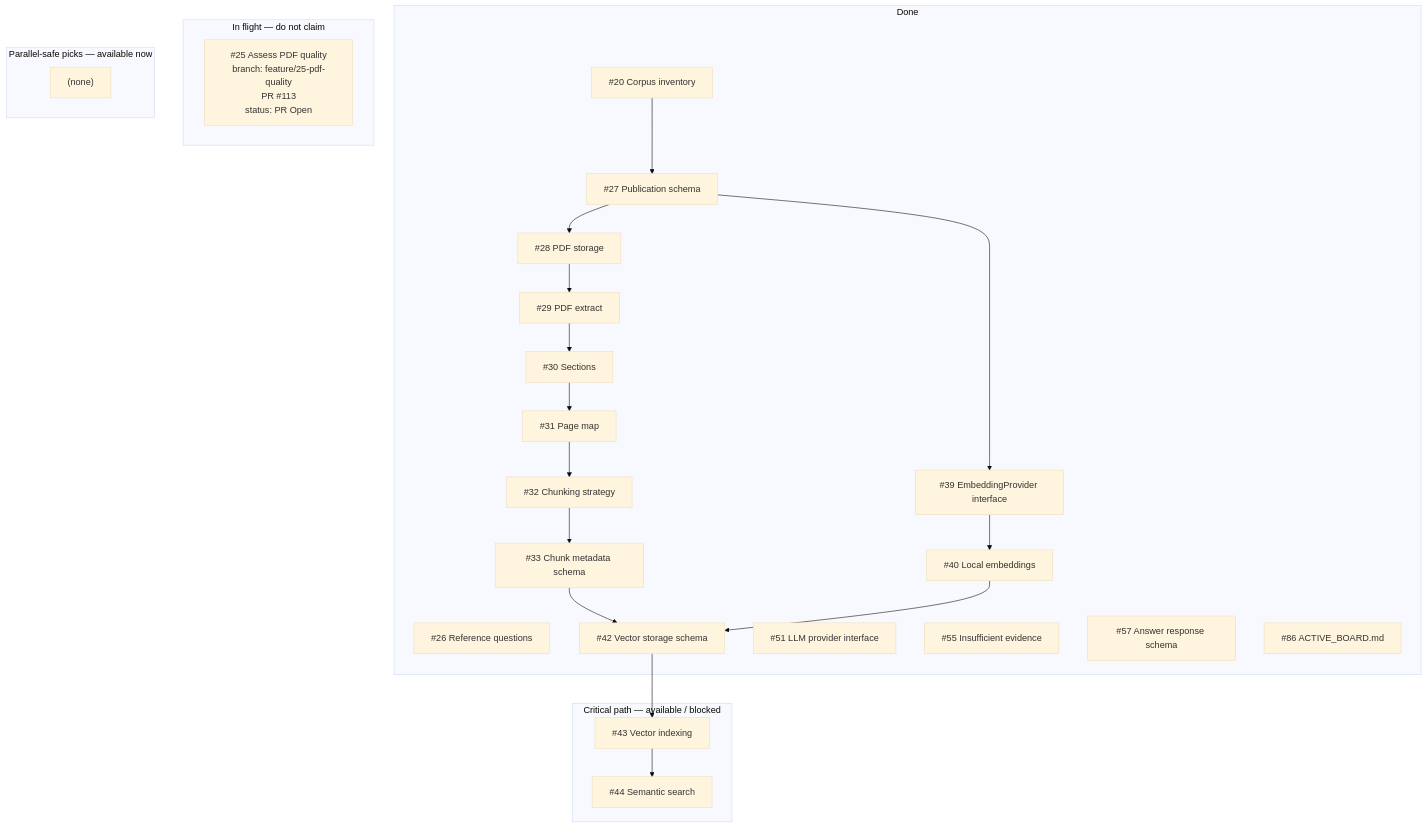
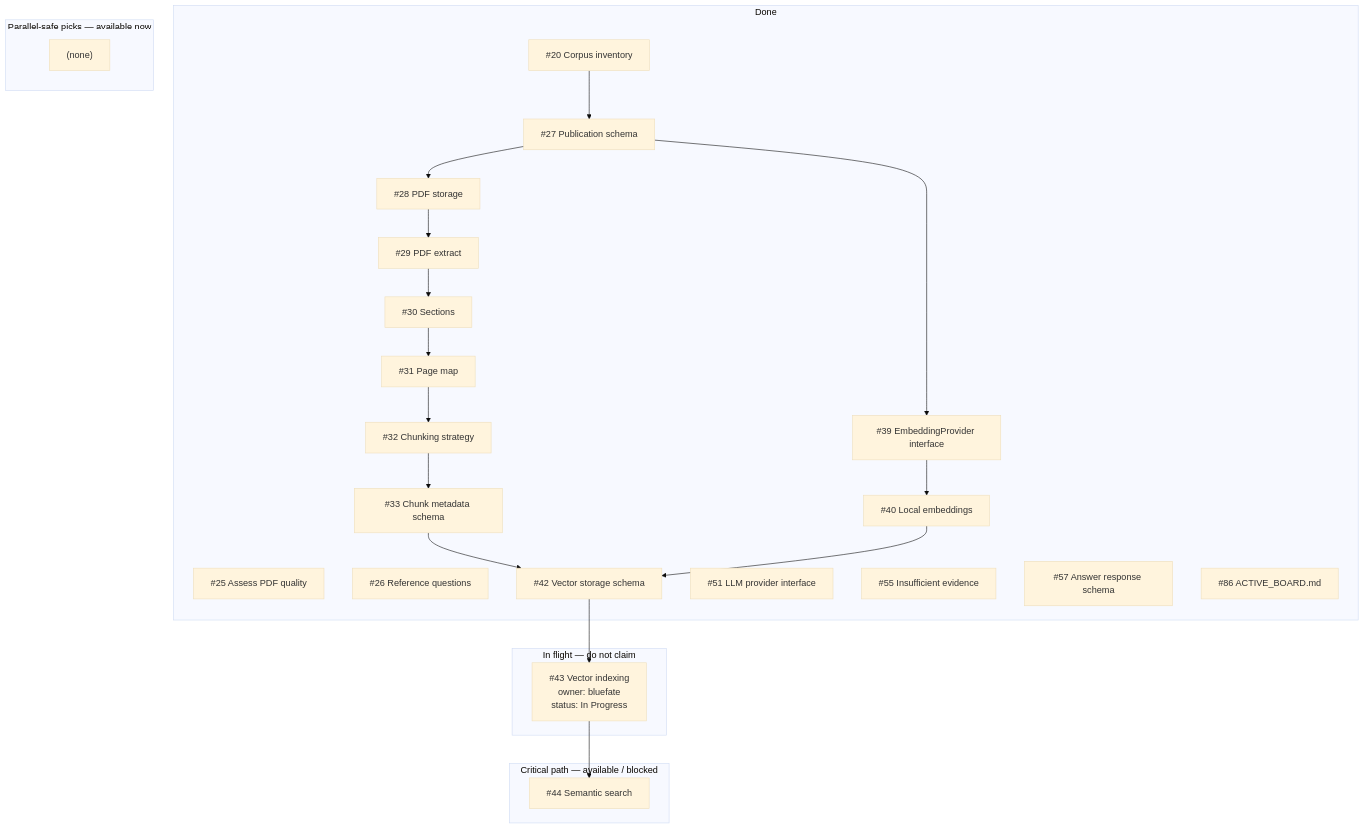
The diagram in docs/development/ACTIVE_BOARD.md (bluefate/spacebio-evidence-engine), drawn with Mermaid (base theme) before and after one commit. The commit also changed other lines of this file and 4 other files, not shown here.

````diff
--- a/docs/development/ACTIVE_BOARD.md
+++ b/docs/development/ACTIVE_BOARD.md
@@ -62,44 +62,44 @@
 ```mermaid
 flowchart TB
   subgraph done [Done]
     i20["#20 Corpus inventory"]
+    i25["#25 Assess PDF quality"]
     i26["#26 Reference questions"]
     i27["#27 Publication schema"]
     i28["#28 PDF storage"]
     i29["#29 PDF extract"]
     i30["#30 Sections"]
     i31["#31 Page map"]
     i32["#32 Chunking strategy"]
     i33["#33 Chunk metadata schema"]
     i39["#39 EmbeddingProvider interface"]
     i40["#40 Local embeddings"]
     i42["#42 Vector storage schema"]
     i51["#51 LLM provider interface"]
     i55["#55 Insufficient evidence"]
     i57["#57 Answer response schema"]
     i86["#86 ACTIVE_BOARD.md"]
   end
   subgraph inflight [In flight — do not claim]
-    i25["#25 Assess PDF quality<br/>branch: feature/25-pdf-quality<br/>PR #113<br/>status: PR Open"]
+    i43["#43 Vector indexing<br/>owner: bluefate<br/>status: In Progress"]
   end
   subgraph nextCritical [Critical path — available / blocked]
-    i43["#43 Vector indexing"]
     i44["#44 Semantic search"]
   end
   subgraph nextParallel [Parallel-safe picks — available now]
     nextParallel_empty["(none)"]
   end
   i20 --> i27
   i27 --> i28
   i28 --> i29
   i29 --> i30
   i30 --> i31
   i31 --> i32
   i32 --> i33
   i33 --> i42
   i27 --> i39
   i39 --> i40
   i40 --> i42
   i42 --> i43
   i43 --> i44
 ```
````
